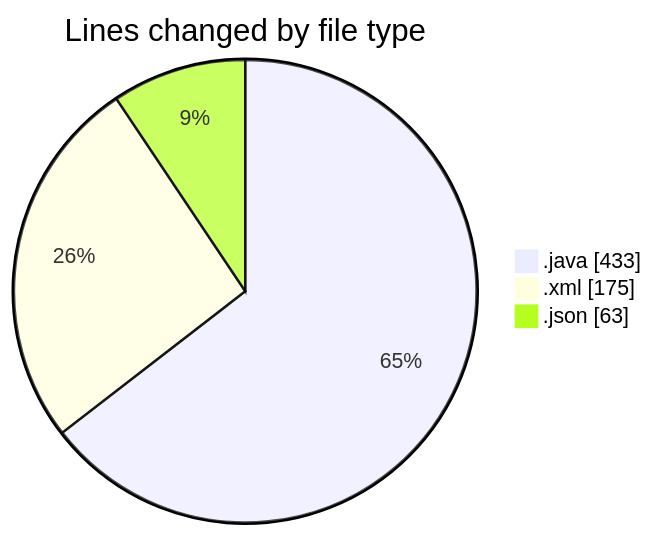
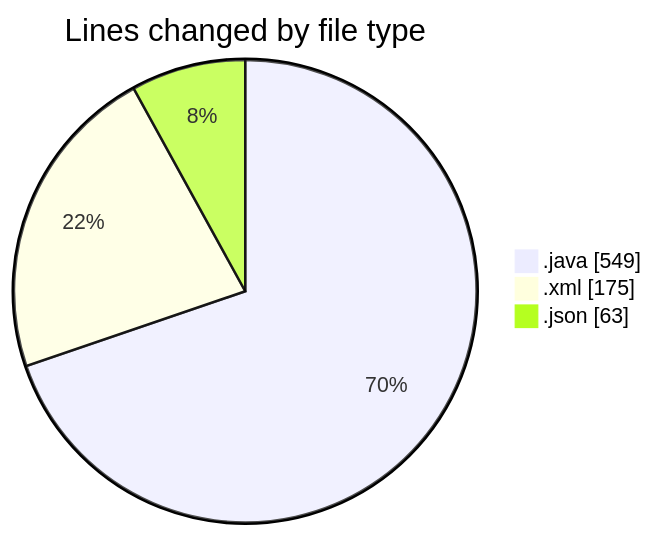
The first of 2 diagrams in 2026-07-07/cilreports__workspace_/README.md (ricardozamudiocil/code-tracking), drawn with Mermaid before and after one commit. The commit also changed other lines of this file and 1 other file, not shown here.

````diff
--- a/2026-07-07/cilreports__workspace_/README.md
+++ b/2026-07-07/cilreports__workspace_/README.md
@@ -22,7 +22,7 @@
 ```mermaid
 pie showData
 title Lines changed by file type
-".java" : 433
+".java" : 549
 ".xml" : 175
 ".json" : 63
 ```
````
